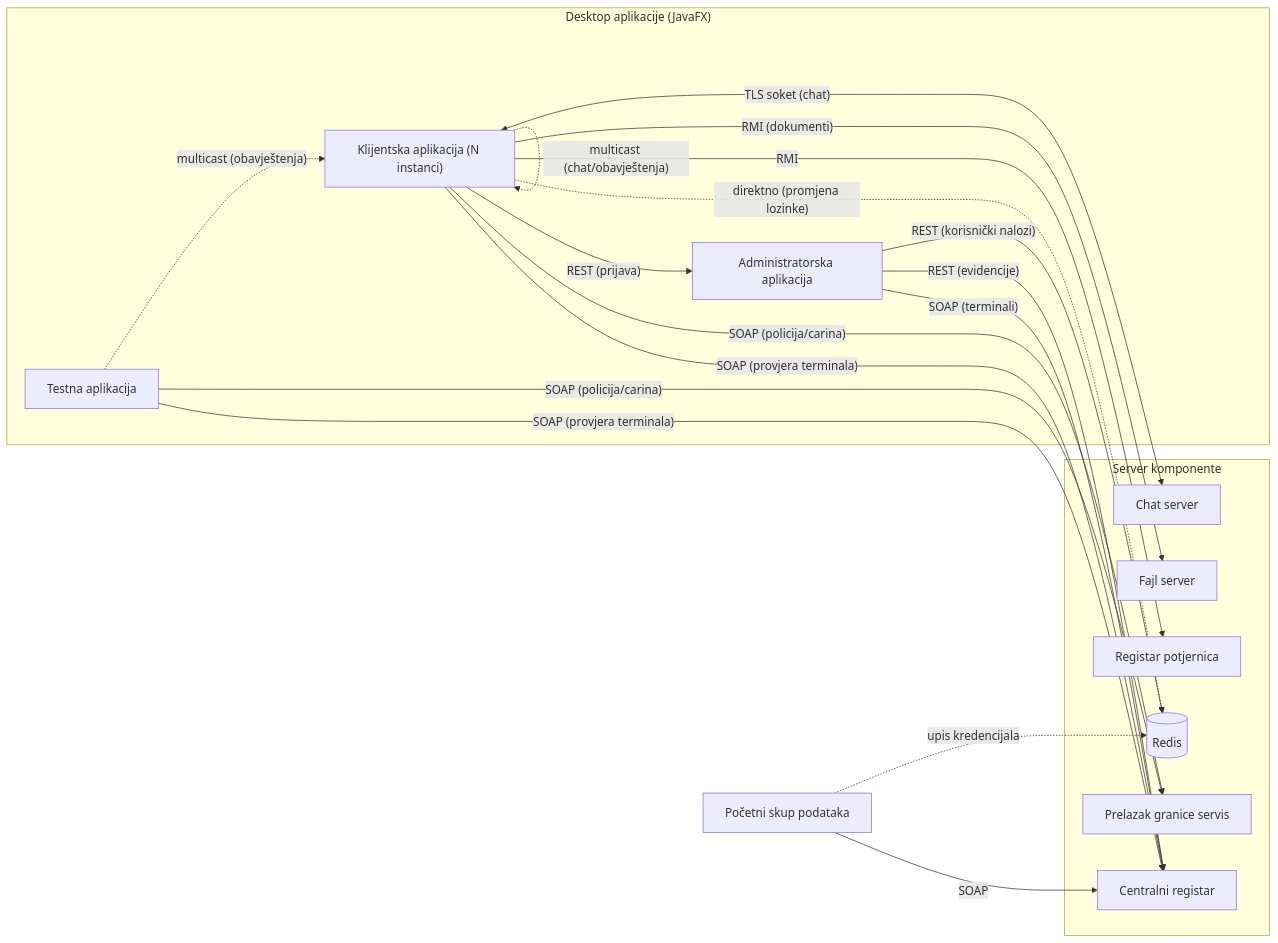
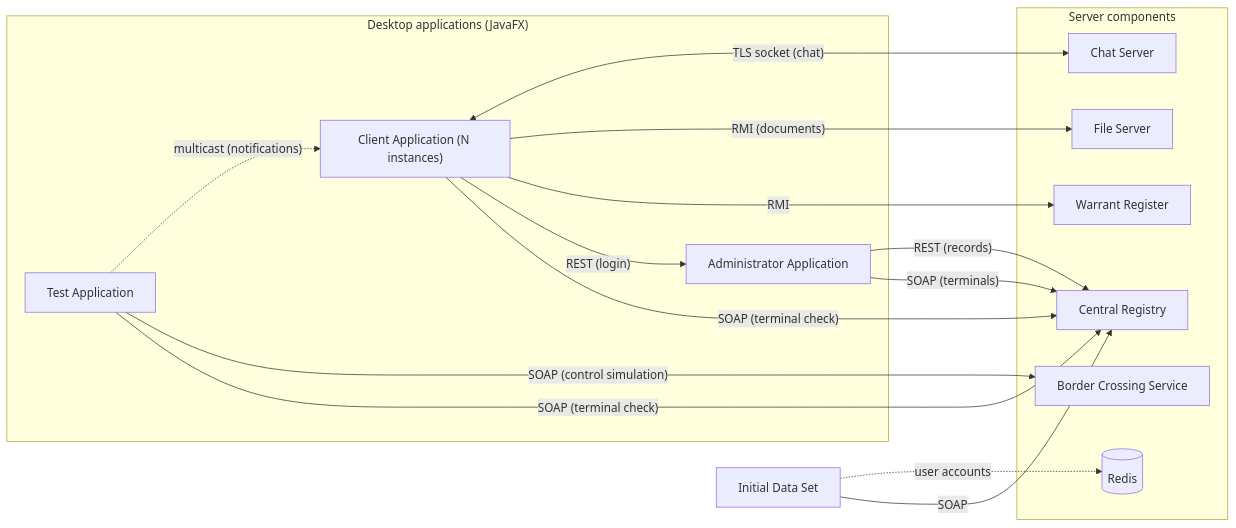
The diagram in README.md (VukovicSvetozar/border-crossing-control-system), drawn with Mermaid before and after one commit. The commit also changed other lines of this file and 1 other file, not shown here.

````diff
--- a/README.md
+++ b/README.md
@@ -21,37 +23,33 @@
 ```mermaid
 flowchart LR
-    subgraph Desktop["Desktop aplikacije (JavaFX)"]
-        ADM["Administratorska aplikacija"]
-        KLI["Klijentska aplikacija (N instanci)"]
-        TES["Testna aplikacija"]
+    subgraph Desktop["Desktop applications (JavaFX)"]
+        ADM["Administrator Application"]
+        KLI["Client Application (N instances)"]
+        TES["Test Application"]
     end
 
-    subgraph Servisi["Server komponente"]
-        CR["Centralni registar"]
-        PGS["Prelazak granice servis"]
-        CS["Chat server"]
-        FS["Fajl server"]
-        RP["Registar potjernica"]
+    subgraph Servisi["Server components"]
+        CR["Central Registry"]
+        PGS["Border Crossing Service"]
+        CS["Chat Server"]
+        FS["File Server"]
+        RP["Warrant Register"]
         REDIS[("Redis")]
     end
 
-    SEED["Početni skup podataka"] -- SOAP --> CR
-    SEED -. upis kredencijala .-> REDIS
+    SEED["Initial Data Set"] -- SOAP --> CR
+    SEED -. "user accounts" .-> REDIS
 
-    ADM -- "SOAP (terminali)" --> CR
-    ADM -- "REST (evidencije)" --> CR
-    ADM -- "REST (korisnički nalozi)" --> REDIS
+    ADM -- "SOAP (terminals)" --> CR
+    ADM -- "REST (records)" --> CR
 
-    KLI -- "SOAP (provjera terminala)" --> CR
-    KLI -- "SOAP (policija/carina)" --> PGS
-    KLI -- "REST (prijava)" --> ADM
-    KLI -. "direktno (promjena lozinke)" .-> REDIS
+    KLI -- "SOAP (terminal check)" --> CR
+    KLI -- "REST (login)" --> ADM
     KLI -- "RMI" --> RP
-    KLI -- "RMI (dokumenti)" --> FS
-    KLI <-- "TLS soket (chat)" --> CS
-    KLI -. "multicast (chat/obavještenja)" .-> KLI
+    KLI -- "RMI (documents)" --> FS
+    KLI <-- "TLS socket (chat)" --> CS
 
-    TES -- "SOAP (provjera terminala)" --> CR
-    TES -- "SOAP (policija/carina)" --> PGS
-    TES -. "multicast (obavještenja)" .-> KLI
+    TES -- "SOAP (terminal check)" --> CR
+    TES -- "SOAP (control simulation)" --> PGS
+    TES -. "multicast (notifications)" .-> KLI
 ```
````
